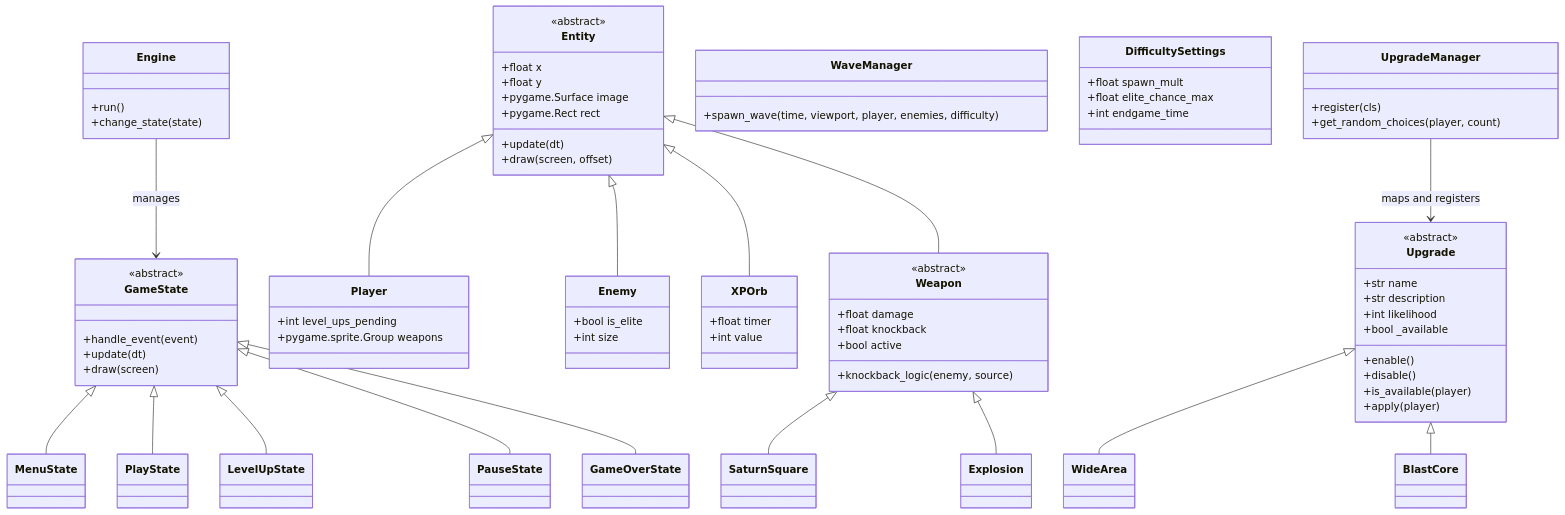
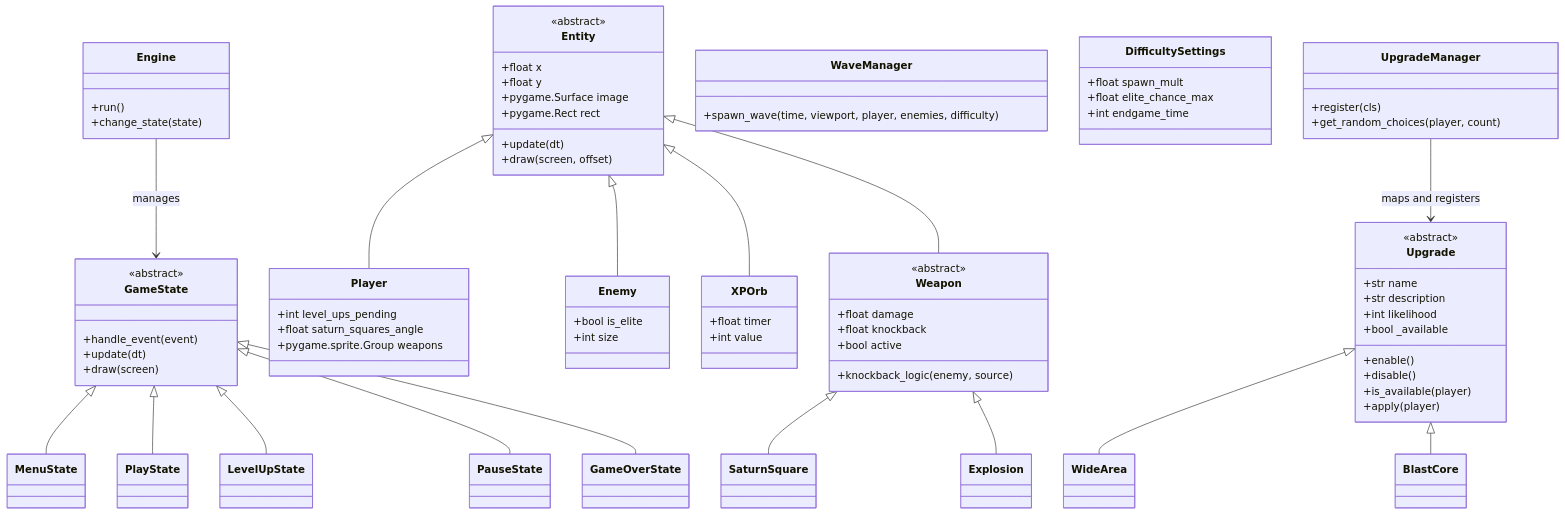
One commit to lavariall/square-survivors changed the diagram in README.md. Above: the diagram before and after it, drawn with Mermaid. The commit also changed 3 other files, not shown here.

```diff
--- a/README.md
+++ b/README.md
@@ -56,6 +56,7 @@
     }
     class Player { 
         +int level_ups_pending
+        +float saturn_squares_angle
         +pygame.sprite.Group weapons
     }
     class Enemy {
```
